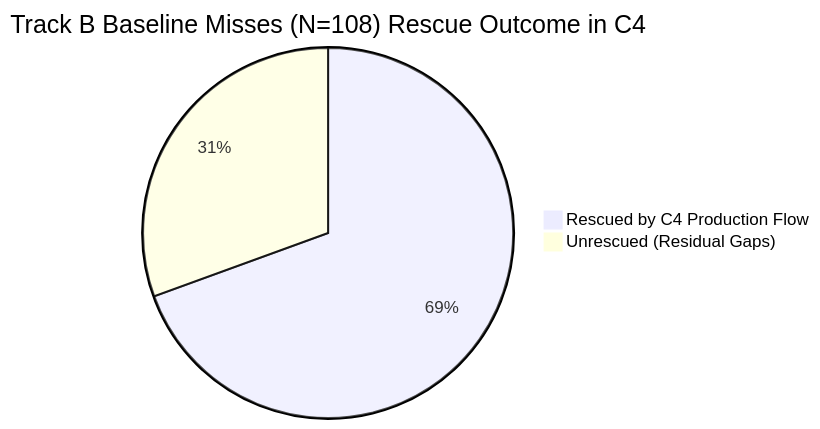
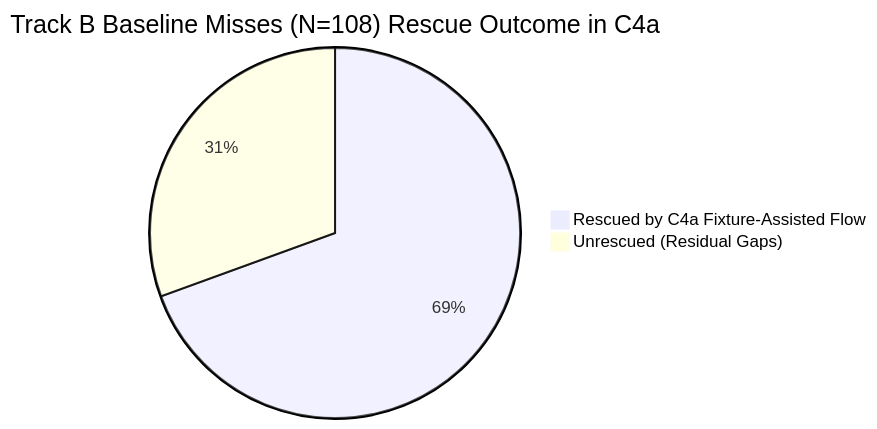
Before and after one commit to PuneethPujala/ai-medical-voice-agent: the second of 2 diagrams in eval/governance/PHASE2B_ABLATION_REPORT.md, drawn with Mermaid. The commit also changed other lines of this file and 8 other files, not shown here.

````diff
--- a/eval/governance/PHASE2B_ABLATION_REPORT.md
+++ b/eval/governance/PHASE2B_ABLATION_REPORT.md
@@ -70,5 +72,5 @@
 ```mermaid
-pie title Track B Baseline Misses (N=108) Rescue Outcome in C4
-    "Rescued by C4 Production Flow" : 75
+pie title Track B Baseline Misses (N=108) Rescue Outcome in C4a
+    "Rescued by C4a Fixture-Assisted Flow" : 75
     "Unrescued (Residual Gaps)" : 33
 ```
````
